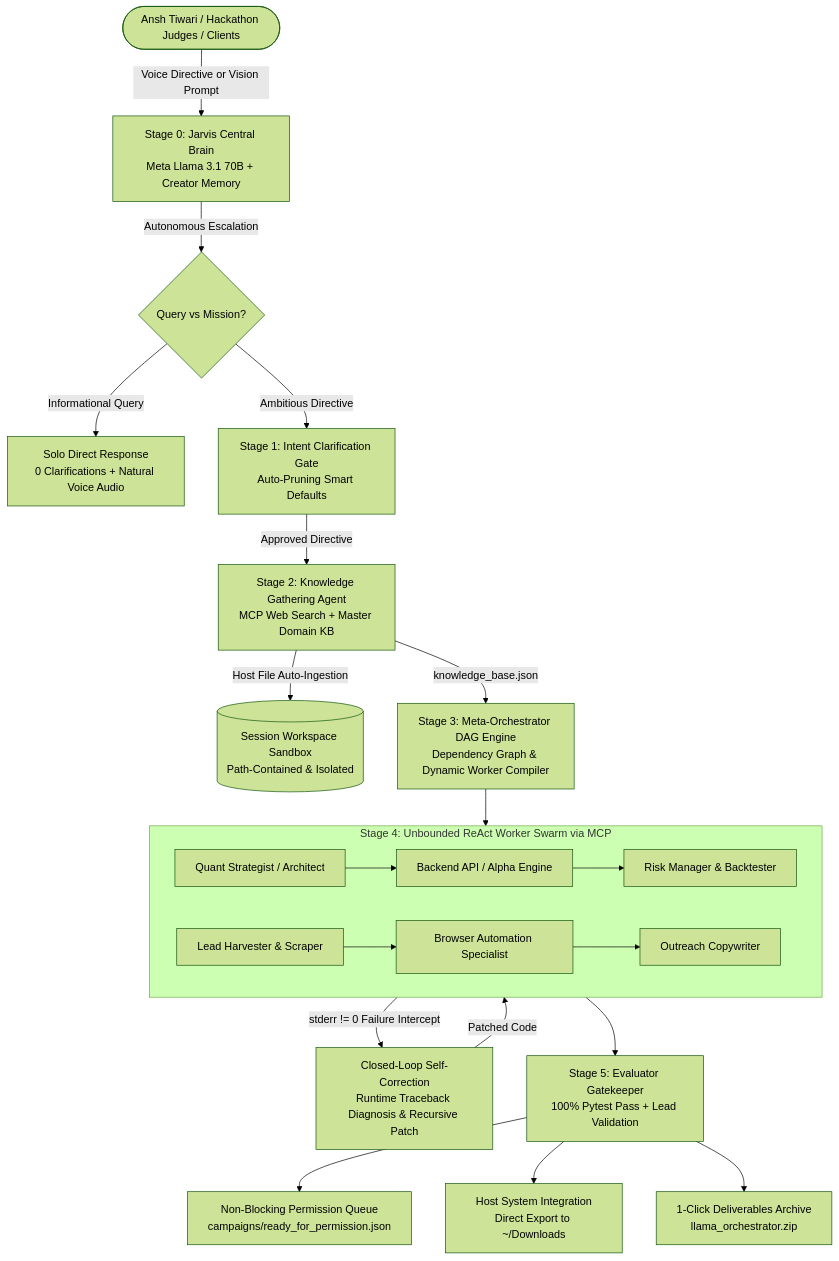
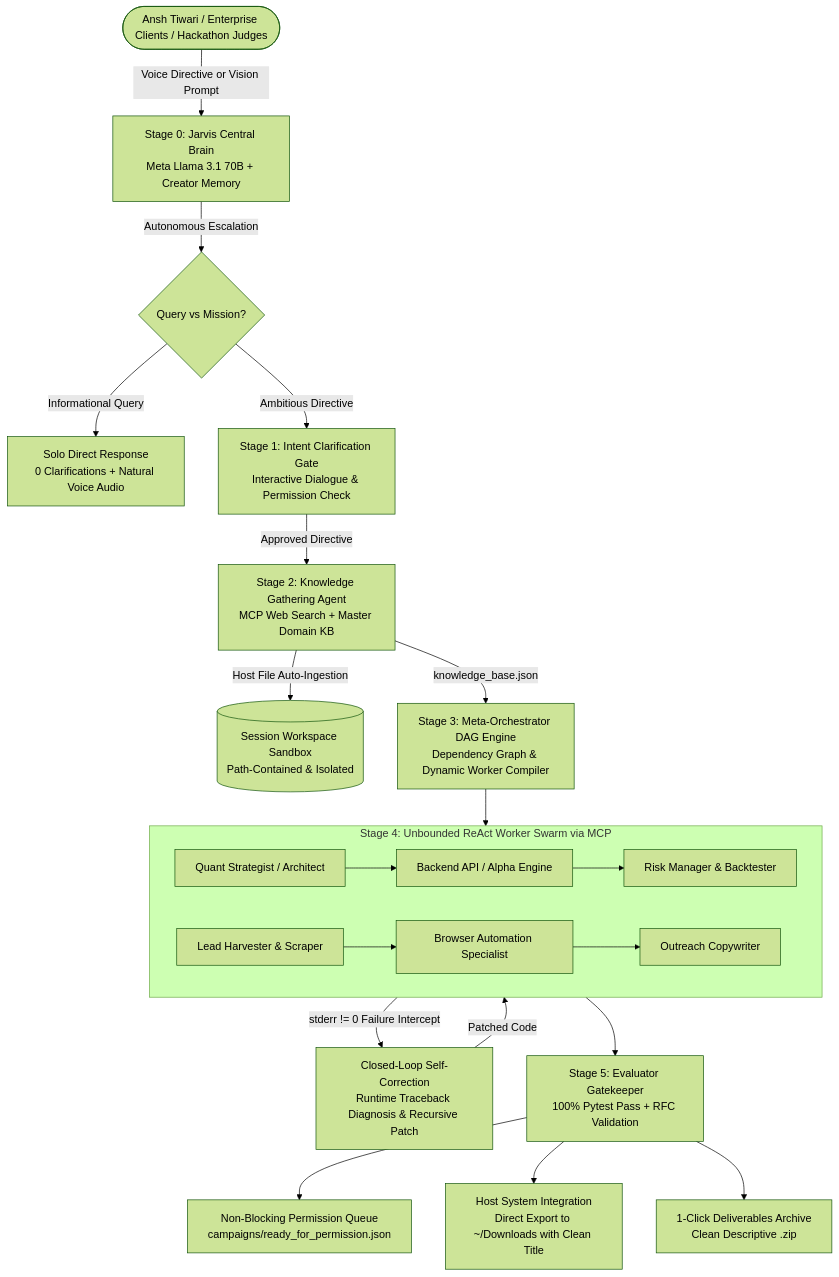
One commit to ansh1325/ORCHESTRATOR changed the diagram in README.md. Above: the diagram before and after it, drawn with Mermaid (forest theme). The commit also changed other lines of this file, not shown here.

Commit message:
docs: overhaul README with executive diagram, enterprise SLA matrix, and 14/14 test certification

````diff
--- a/README.md
+++ b/README.md
@@ -100,27 +122,27 @@
 ```mermaid
 graph TD
-    User([Ansh Tiwari / Hackathon Judges / Clients]) -->|Voice Directive or Vision Prompt| Stage0[Stage 0: Jarvis Central Brain<br/>Meta Llama 3.1 70B + Creator Memory]
+    User([Ansh Tiwari / Enterprise Clients / Hackathon Judges]) -->|Voice Directive or Vision Prompt| Stage0[Stage 0: Jarvis Central Brain<br/>Meta Llama 3.1 70B + Creator Memory]
     Stage0 -->|Autonomous Escalation| Route{Query vs Mission?}
     Route -->|Informational Query| DirectVoice[Solo Direct Response<br/>0 Clarifications + Natural Voice Audio]
-    Route -->|Ambitious Directive| Stage1[Stage 1: Intent Clarification Gate<br/>Auto-Pruning Smart Defaults]
+    Route -->|Ambitious Directive| Stage1[Stage 1: Intent Clarification Gate<br/>Interactive Dialogue & Permission Check]
     
     Stage1 -->|Approved Directive| Stage2[Stage 2: Knowledge Gathering Agent<br/>MCP Web Search + Master Domain KB]
     Stage2 -->|Host File Auto-Ingestion| Sandbox[(Session Workspace Sandbox<br/>Path-Contained & Isolated)]
     Stage2 -->|knowledge_base.json| Stage3[Stage 3: Meta-Orchestrator DAG Engine<br/>Dependency Graph & Dynamic Worker Compiler]
     
     subgraph Stage4_Workers [Stage 4: Unbounded ReAct Worker Swarm via MCP]
         W1[Quant Strategist / Architect] --> W2[Backend API / Alpha Engine]
         W2 --> W3[Risk Manager & Backtester]
         W4[Lead Harvester & Scraper] --> W5[Browser Automation Specialist]
         W5 --> W6[Outreach Copywriter]
     end
     
     Stage3 --> Stage4_Workers
     Stage4_Workers -->|stderr != 0 Failure Intercept| SelfCorrection[Closed-Loop Self-Correction<br/>Runtime Traceback Diagnosis & Recursive Patch]
     SelfCorrection -->|Patched Code| Stage4_Workers
 
-    Stage4_Workers --> Stage5[Stage 5: Evaluator Gatekeeper<br/>100% Pytest Pass + Lead Validation]
+    Stage4_Workers --> Stage5[Stage 5: Evaluator Gatekeeper<br/>100% Pytest Pass + RFC Validation]
     Stage5 --> PermissionQueue[Non-Blocking Permission Queue<br/>campaigns/ready_for_permission.json]
-    Stage5 --> HostExport[Host System Integration<br/>Direct Export to ~/Downloads]
-    Stage5 --> ZipExport[1-Click Deliverables Archive<br/>llama_orchestrator.zip]
+    Stage5 --> HostExport[Host System Integration<br/>Direct Export to ~/Downloads with Clean Title]
+    Stage5 --> ZipExport[1-Click Deliverables Archive<br/>Clean Descriptive .zip]
 ```
````
